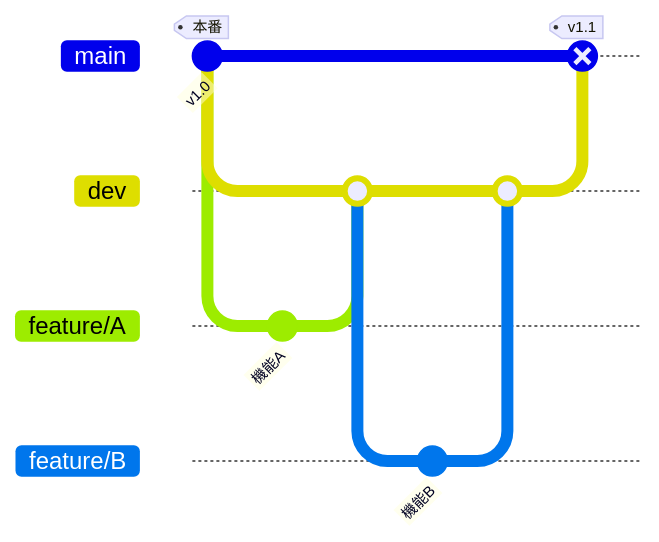
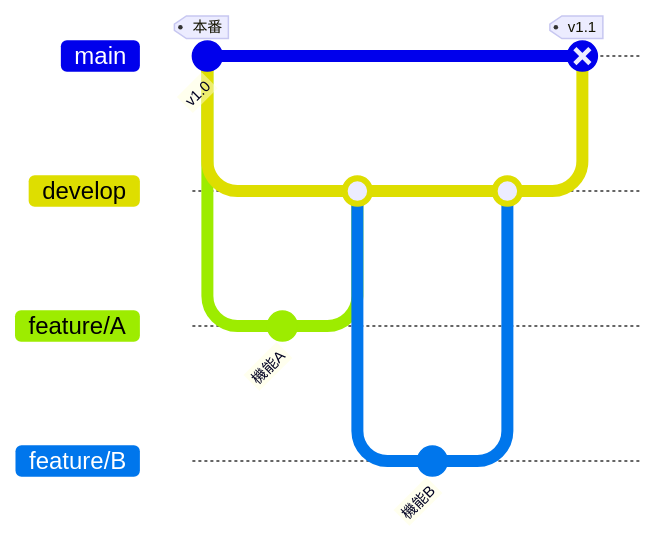
Before and after one commit to monokaai/trial_git_feature_flow: the fourth of 4 diagrams in README.md, drawn with Mermaid. The commit also changed other lines of this file, not shown here.

First line of the commit message:
docs: 参考文献追加とGit Feature Flowのデメリット・公平な比較を追記

````diff
--- a/README.md
+++ b/README.md
@@ -202,19 +263,19 @@
 ```mermaid
 gitGraph
     commit id: "v1.0" tag: "本番"
-    branch dev
-    checkout dev
+    branch develop
+    checkout develop
 
     branch feature/A
     commit id: "機能A"
-    checkout dev
+    checkout develop
     merge feature/A
 
     branch feature/B
     commit id: "機能B"
-    checkout dev
+    checkout develop
     merge feature/B
 
     checkout main
-    merge dev tag: "v1.1" type: REVERSE
+    merge develop tag: "v1.1" type: REVERSE
 ```
````
